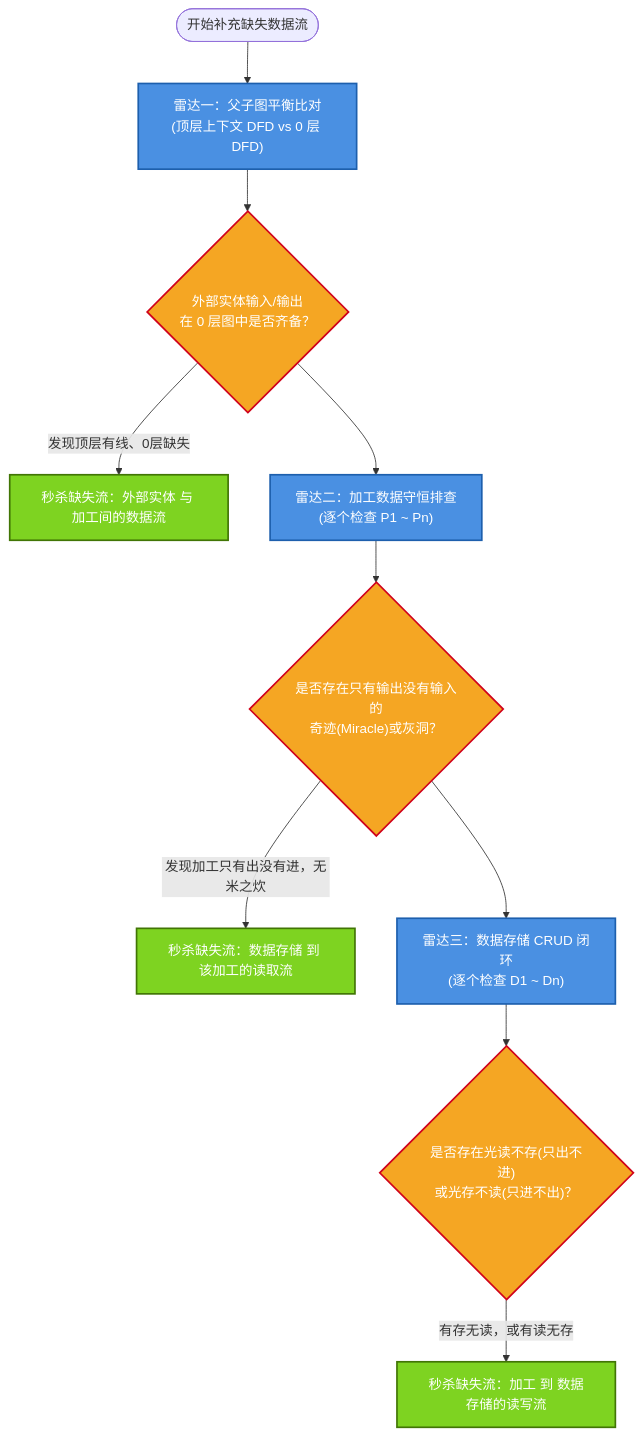
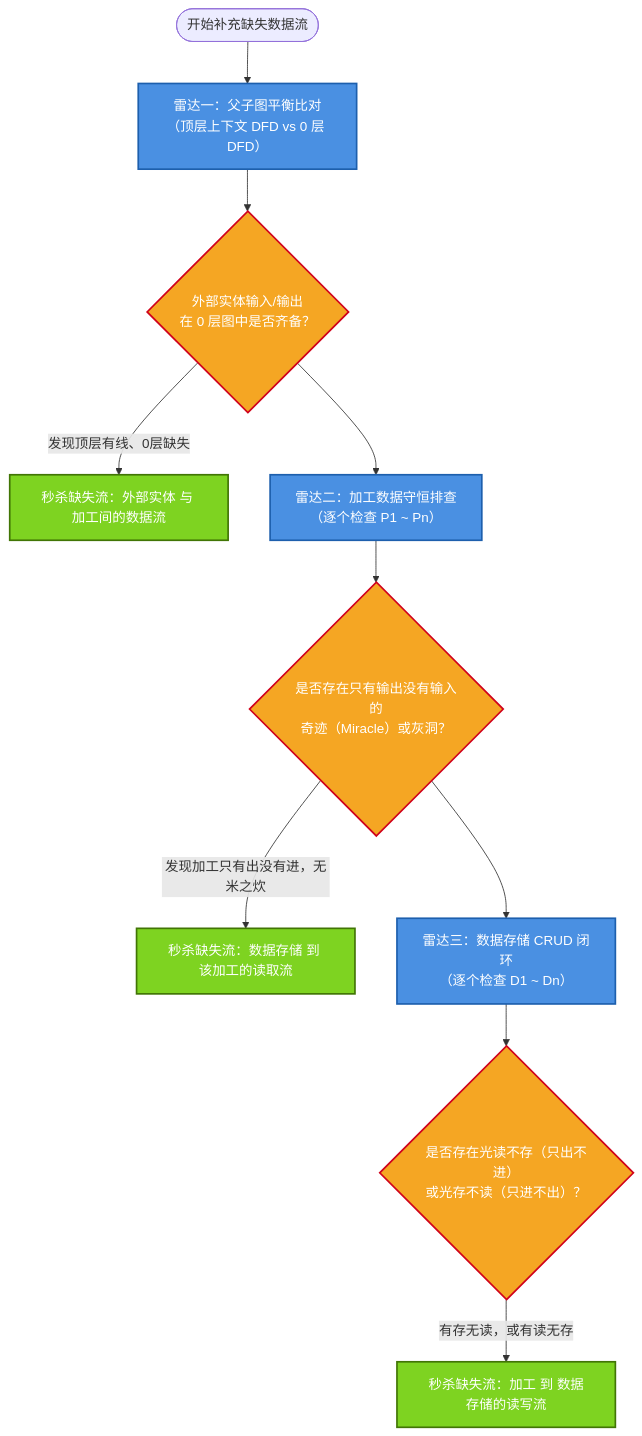
The second of 3 diagrams in 03-case-studies/00-下午案例分析通关总纲与五大题型破题绝杀流水线.md (cpsa3/software-designer-fast-pass), drawn with Mermaid before and after one commit. The commit also changed other lines of this file, not shown here.

Commit message:
fix(mermaid): 修复甘特图不支持问题并加固所有流程图语法，解决 Mermaid 渲染报错

````diff
--- a/03-case-studies/00-下午案例分析通关总纲与五大题型破题绝杀流水线.md
+++ b/03-case-studies/00-下午案例分析通关总纲与五大题型破题绝杀流水线.md
@@ -60,18 +56,18 @@
 ```mermaid
 flowchart TD
     classDef step fill:#4A90E2,stroke:#1D5FAD,stroke-width:2px,color:#fff;
     classDef check fill:#F5A623,stroke:#D0021B,stroke-width:2px,color:#fff;
     classDef kill fill:#7ED321,stroke:#417505,stroke-width:2px,color:#fff;
 
-    Start(["开始补充缺失数据流"]) --> S1["雷达一：父子图平衡比对<br>(顶层上下文 DFD vs 0 层 DFD)"]:::step
+    Start(["开始补充缺失数据流"]) --> S1["雷达一：父子图平衡比对<br>（顶层上下文 DFD vs 0 层 DFD）"]:::step
     S1 --> C1{"外部实体输入/输出<br>在 0 层图中是否齐备？"}:::check
-    C1 --"发现顶层有线、0层缺失"--> K1["秒杀缺失流：外部实体 与 加工间的数据流"]:::kill
+    C1 -->|"发现顶层有线、0层缺失"| K1["秒杀缺失流：外部实体 与 加工间的数据流"]:::kill
 
-    C1 --> S2["雷达二：加工数据守恒排查<br>(逐个检查 P1 ~ Pn)"]:::step
-    S2 --> C2{"是否存在只有输出没有输入的<br>奇迹(Miracle)或灰洞？"}:::check
-    C2 --"发现加工只有出没有进，无米之炊"--> K2["秒杀缺失流：数据存储 到 该加工的读取流"]:::kill
+    C1 --> S2["雷达二：加工数据守恒排查<br>（逐个检查 P1 ~ Pn）"]:::step
+    S2 --> C2{"是否存在只有输出没有输入的<br>奇迹（Miracle）或灰洞？"}:::check
+    C2 -->|"发现加工只有出没有进，无米之炊"| K2["秒杀缺失流：数据存储 到 该加工的读取流"]:::kill
 
-    C2 --> S3["雷达三：数据存储 CRUD 闭环<br>(逐个检查 D1 ~ Dn)"]:::step
-    S3 --> C3{"是否存在光读不存(只出不进)<br>或光存不读(只进不出)？"}:::check
-    C3 --"有存无读，或有读无存"--> K3["秒杀缺失流：加工 到 数据存储的读写流"]:::kill
+    C2 --> S3["雷达三：数据存储 CRUD 闭环<br>（逐个检查 D1 ~ Dn）"]:::step
+    S3 --> C3{"是否存在光读不存（只出不进）<br>或光存不读（只进不出）？"}:::check
+    C3 -->|"有存无读，或有读无存"| K3["秒杀缺失流：加工 到 数据存储的读写流"]:::kill
 ```
````
